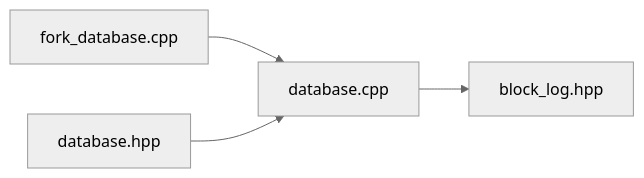
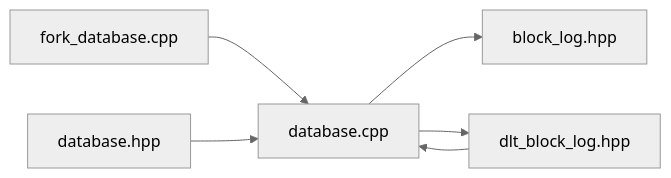
One commit to VIZ-Blockchain/viz-cpp-node changed the tenth of 10 diagrams in .qoder/repowiki/en/content/Architecture Overview/Core Libraries/Chain Library/Fork Resolution and Consensus.md. Above: the diagram before and after it, drawn with Mermaid (neutral theme). The commit also changed other lines of this file and 5 other files, not shown here.

````diff
--- a/.qoder/repowiki/en/content/Architecture Overview/Core Libraries/Chain Library/Fork Resolution and Consensus.md
+++ b/.qoder/repowiki/en/content/Architecture Overview/Core Libraries/Chain Library/Fork Resolution and Consensus.md
@@ -362,6 +447,8 @@
 ```mermaid
 graph LR
 FDB["fork_database.cpp"] --> DBCPP["database.cpp"]
 DBCPP --> BLH["block_log.hpp"]
+DBCPP --> DLTH["dlt_block_log.hpp"]
 DBH["database.hpp"] --> DBCPP
+DLTH --> DBCPP
 ```
````
